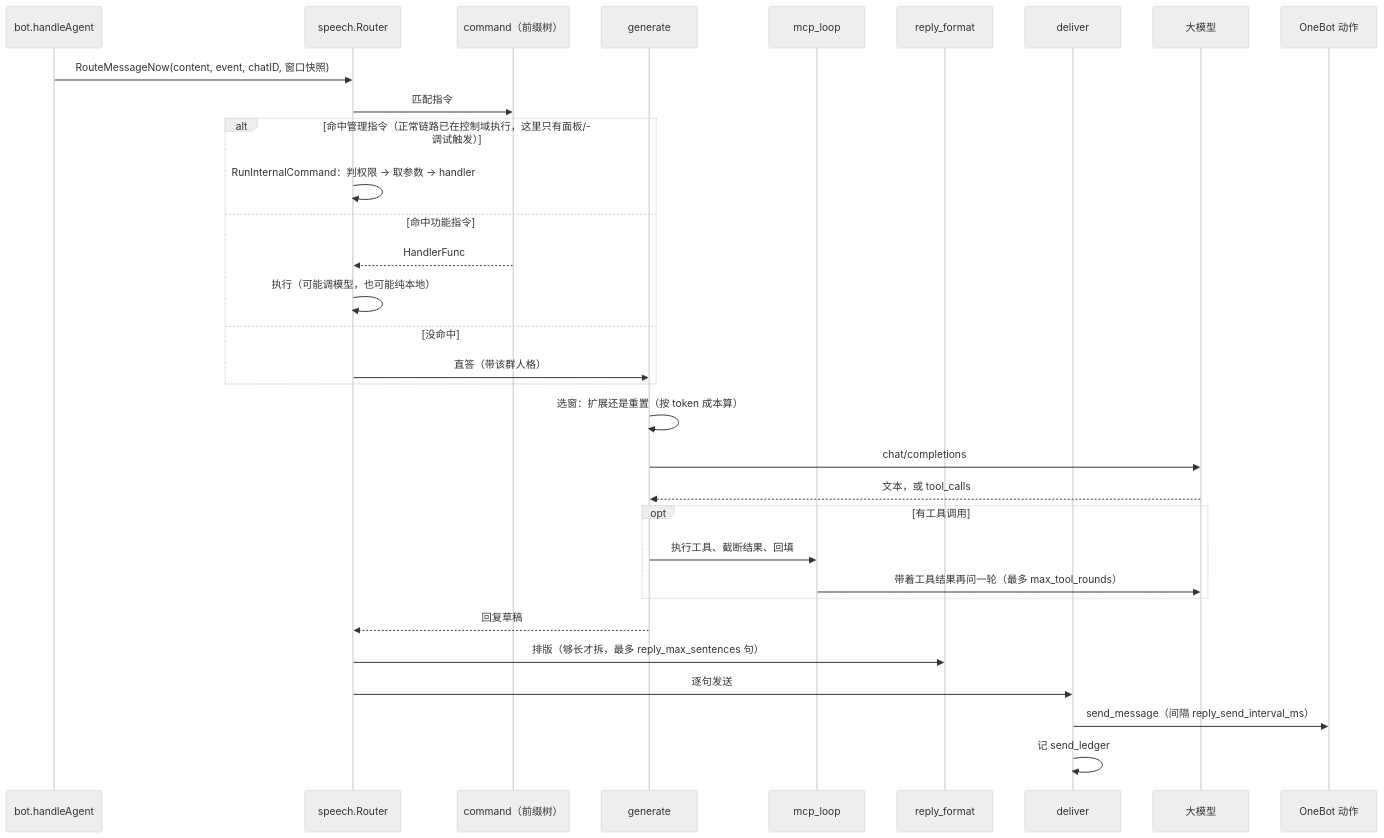
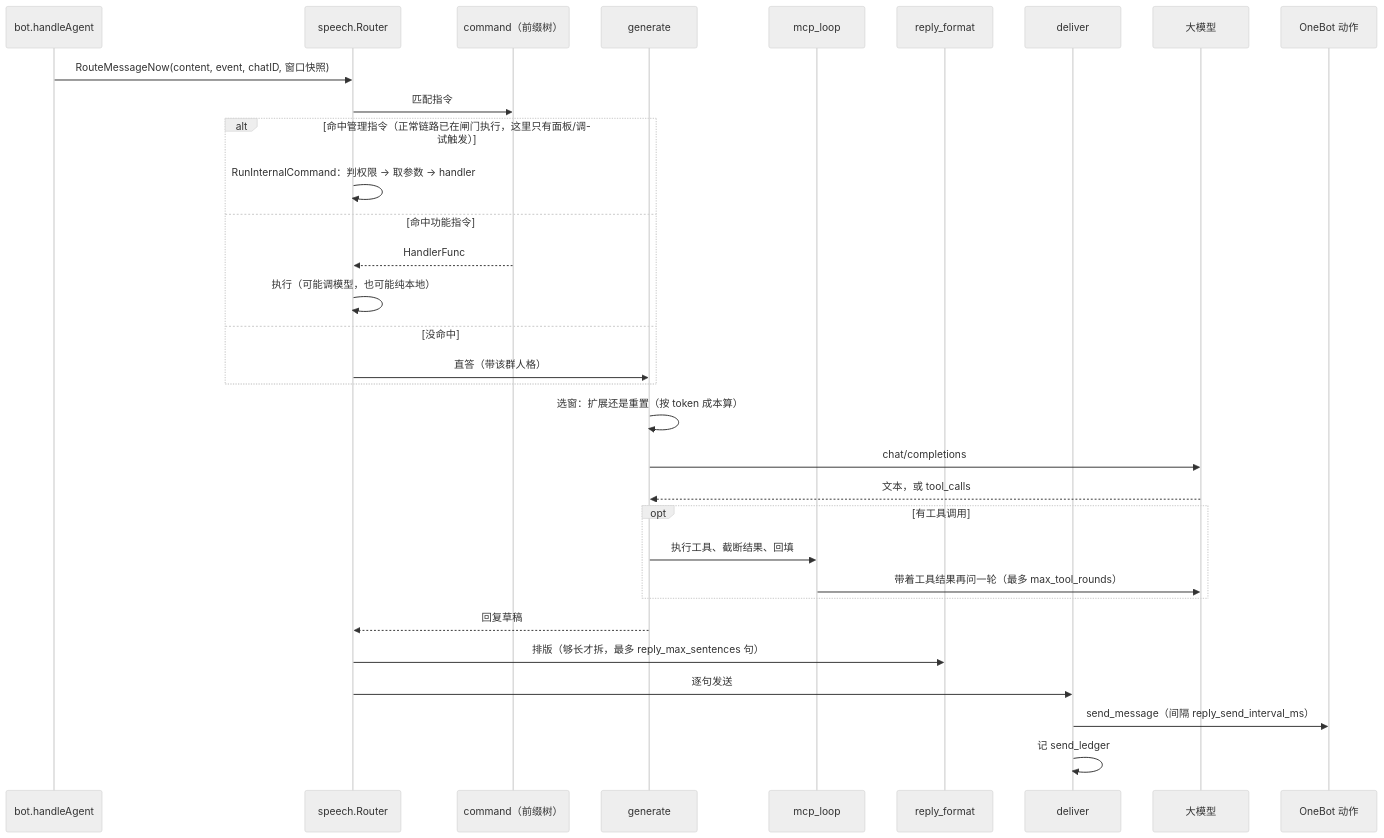
One commit to CanWeakerWriteStrongCode/good-review-master changed the diagram in docs/domains/speech.md. Above: the diagram before and after it, drawn with Mermaid (neutral theme). The commit also changed other lines of this file and 30 other files, not shown here.

````diff
--- a/docs/domains/speech.md
+++ b/docs/domains/speech.md
@@ -59,35 +62,35 @@
 ```mermaid
 sequenceDiagram
   participant B as bot.handleAgent
   participant R as speech.Router
   participant C as command（前缀树）
   participant G as generate
   participant K as mcp_loop
   participant F as reply_format
   participant D as deliver
   participant L as 大模型
   participant O as OneBot 动作
 
   B->>R: RouteMessageNow(content, event, chatID, 窗口快照)
   R->>C: 匹配指令
-  alt 命中管理指令（正常链路已在控制域执行，这里只有面板/调试触发）
+  alt 命中管理指令（正常链路已在闸门执行，这里只有面板/调试触发）
     R->>R: RunInternalCommand：判权限 → 取参数 → handler
   else 命中功能指令
     C-->>R: HandlerFunc
     R->>R: 执行（可能调模型，也可能纯本地）
   else 没命中
     R->>G: 直答（带该群人格）
   end
   G->>G: 选窗：扩展还是重置（按 token 成本算）
   G->>L: chat/completions
   L-->>G: 文本，或 tool_calls
   opt 有工具调用
     G->>K: 执行工具、截断结果、回填
     K->>L: 带着工具结果再问一轮（最多 max_tool_rounds）
   end
   G-->>R: 回复草稿
   R->>F: 排版（够长才拆，最多 reply_max_sentences 句）
   R->>D: 逐句发送
   D->>O: send_message（间隔 reply_send_interval_ms）
   D->>D: 记 send_ledger
 ```
````
